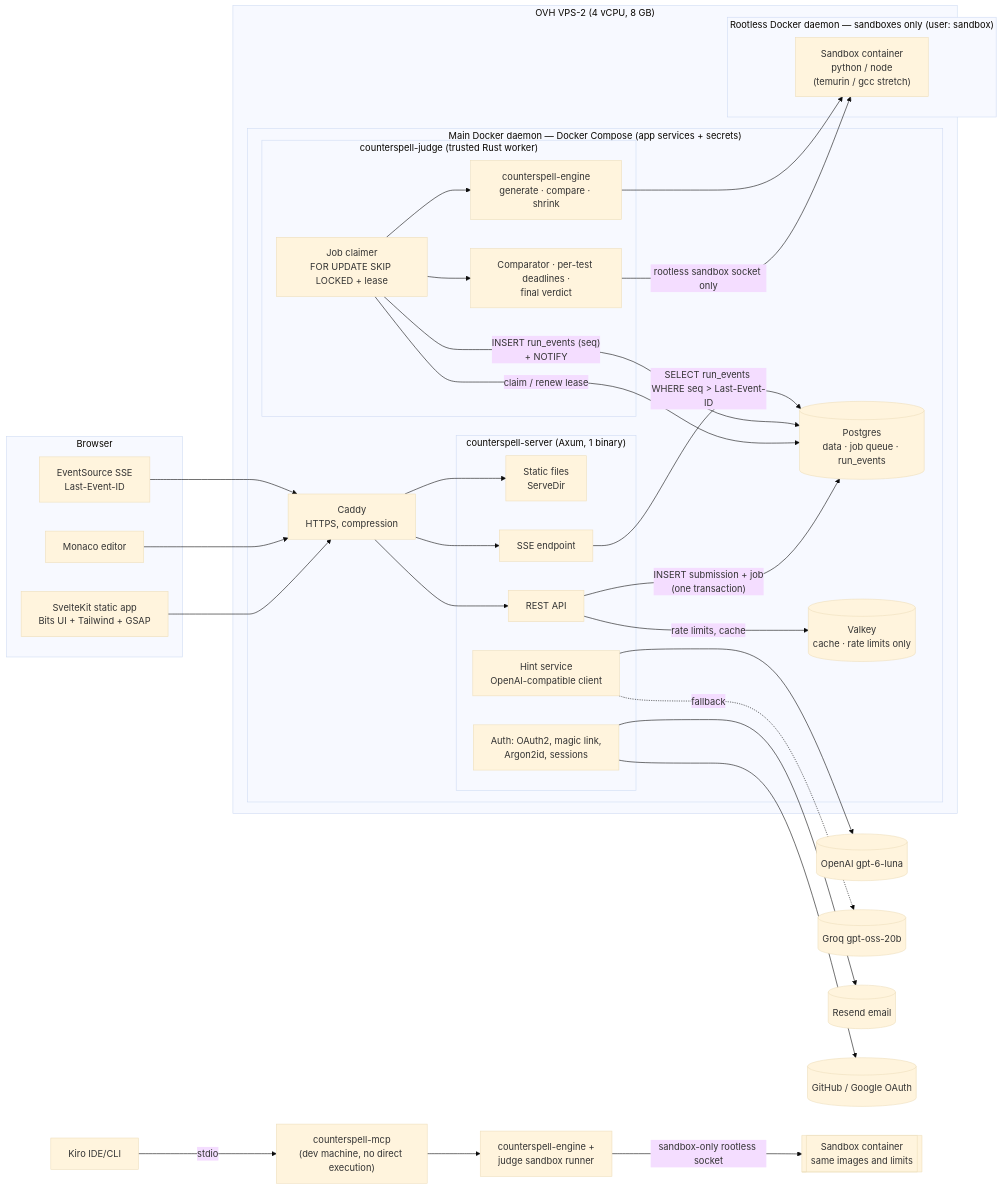
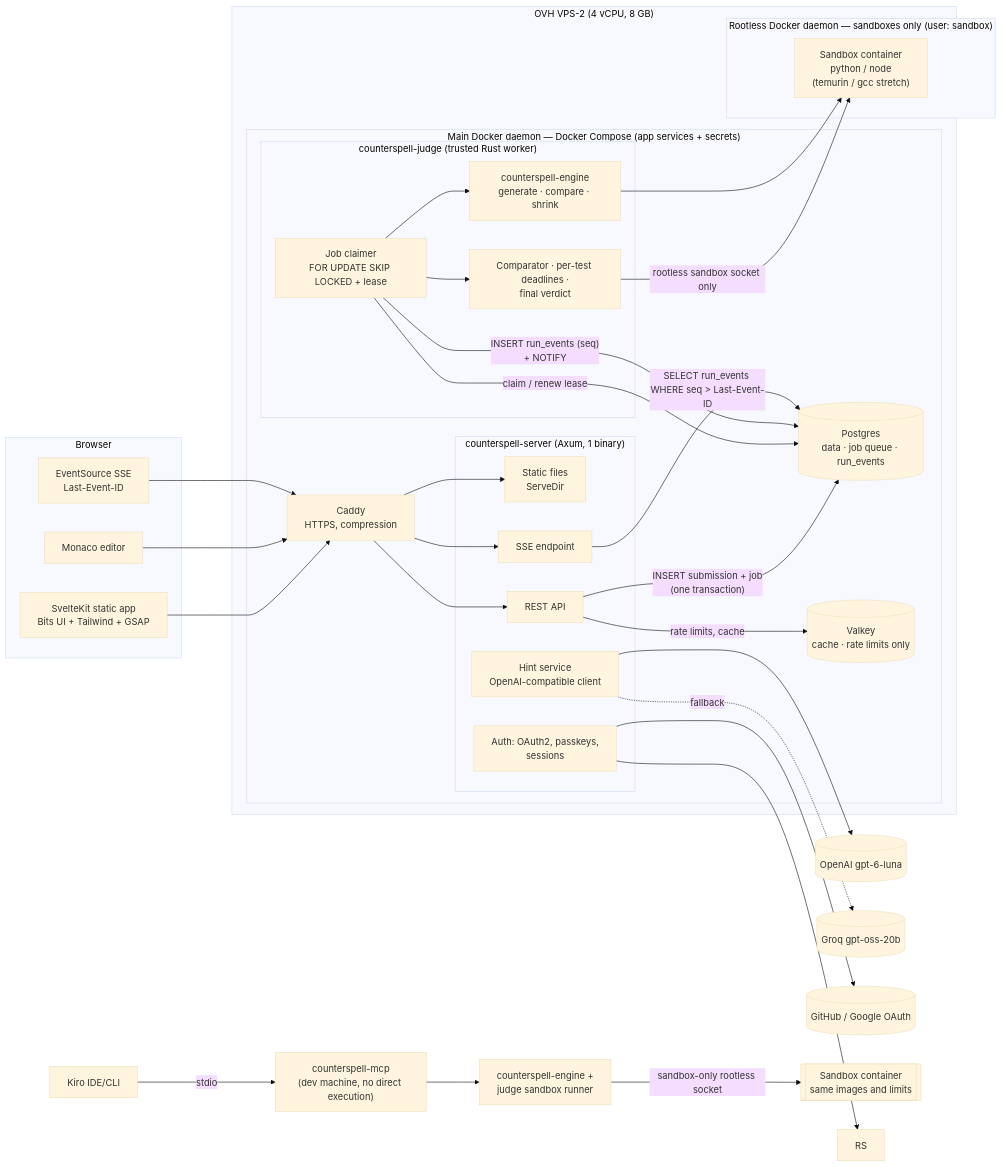
The first of 3 diagrams in docs/system-design.md (BrightonDube/counterspell), drawn with Mermaid (base theme) before and after one commit. The commit also changed other lines of this file and 38 other files, not shown here.

First line of the commit message:
feat(auth): retire email sign-in, keep demo password only (#69)

````diff
--- a/docs/system-design.md
+++ b/docs/system-design.md
@@ -70,54 +70,53 @@
 ```mermaid
 flowchart LR
   subgraph Browser
     UI[SvelteKit static app<br/>Bits UI + Tailwind + GSAP]
     ED[Monaco editor]
     ES[EventSource SSE<br/>Last-Event-ID]
   end
   subgraph VPS["OVH VPS-2 (4 vCPU, 8 GB)"]
     subgraph MAIN["Main Docker daemon — Docker Compose (app services + secrets)"]
       CADDY[Caddy<br/>HTTPS, compression]
       subgraph SRV["counterspell-server (Axum, 1 binary)"]
         STATIC[Static files<br/>ServeDir]
         API[REST API]
-        AUTH[Auth: OAuth2, magic link,<br/>Argon2id, sessions]
+        AUTH[Auth: OAuth2, passkeys,<br/>sessions]
         SSE[SSE endpoint]
         HINT[Hint service<br/>OpenAI-compatible client]
       end
       PG[("Postgres<br/>data · job queue · run_events")]
       VK[("Valkey<br/>cache · rate limits only")]
       subgraph JUDGE["counterspell-judge (trusted Rust worker)"]
         W[Job claimer<br/>FOR UPDATE SKIP LOCKED + lease]
         CMP[Comparator · per-test deadlines ·<br/>final verdict]
         ENG[counterspell-engine<br/>generate · compare · shrink]
       end
     end
     subgraph SBX["Rootless Docker daemon — sandboxes only (user: sandbox)"]
       BOX1["Sandbox container<br/>python / node<br/>(temurin / gcc stretch)"]
     end
   end
   LLM1[(OpenAI gpt-6-luna)]
   LLM2[(Groq gpt-oss-20b)]
-  RS[(Resend email)]
   GH[(GitHub / Google OAuth)]
   KIRO[Kiro IDE/CLI] -->|stdio| MCP["counterspell-mcp<br/>(dev machine, no direct execution)"]
   MCP --> ENG2[counterspell-engine +<br/>judge sandbox runner]
   ENG2 -->|sandbox-only rootless socket| SBX2[[Sandbox container<br/>same images and limits]]
 
   UI --> CADDY --> STATIC
   ED --> CADDY --> API
   ES --> CADDY --> SSE
   API -->|"INSERT submission + job<br/>(one transaction)"| PG
   API -->|rate limits, cache| VK
   AUTH --> GH
   AUTH --> RS
   HINT --> LLM1
   HINT -.fallback.-> LLM2
   W -->|claim / renew lease| PG
   W --> CMP
   W --> ENG
   CMP -->|rootless sandbox socket only| BOX1
   ENG --> BOX1
   W -->|"INSERT run_events (seq)<br/>+ NOTIFY"| PG
   SSE -->|SELECT run_events WHERE seq > Last-Event-ID| PG
 ```
````
